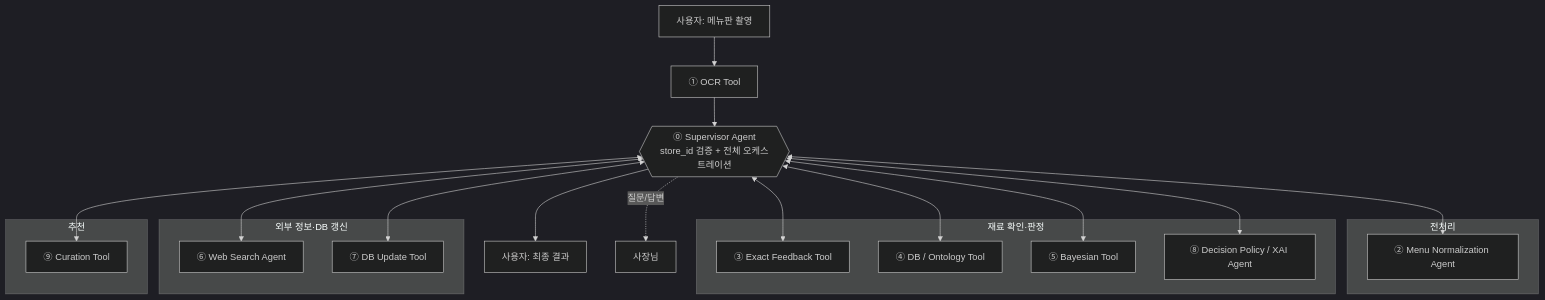
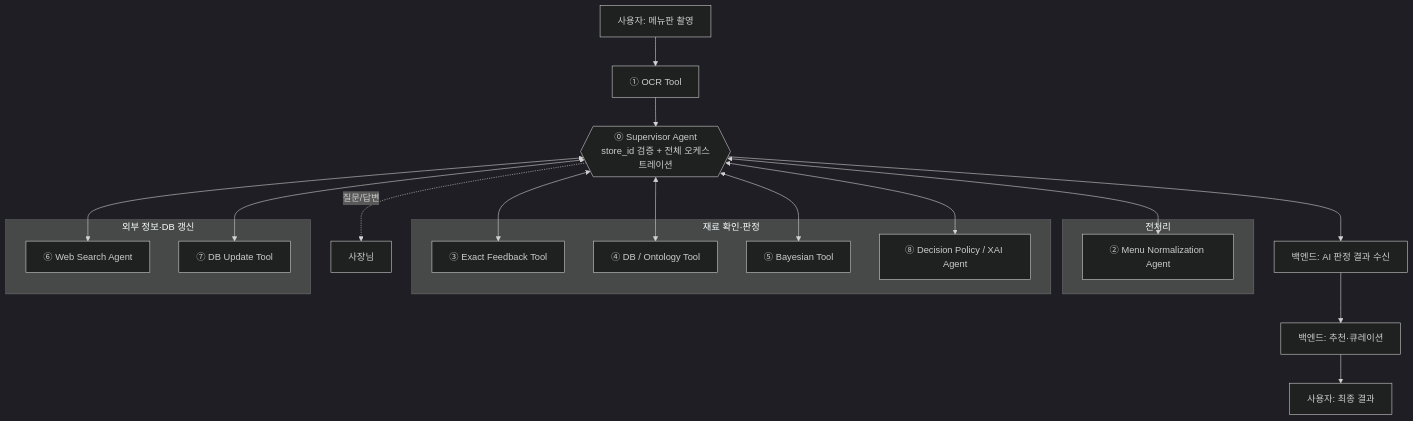
Before and after one commit to Han-Spoon/ai: the seventh of 7 diagrams in docs/caution-multi-agent-architecture.md, drawn with Mermaid (dark theme). The commit also changed other lines of this file and 6 other files, not shown here.

````diff
--- a/docs/caution-multi-agent-architecture.md
+++ b/docs/caution-multi-agent-architecture.md
@@ -157,37 +157,33 @@
 ```mermaid
 graph TB
     U[사용자: 메뉴판 촬영] --> OCR[① OCR Tool] --> SUP
     SUP{{"⓪ Supervisor Agent\nstore_id 검증 + 전체 오케스트레이션"}}
 
     subgraph 전처리
         NORM[② Menu Normalization Agent]
     end
 
     subgraph "재료 확인·판정"
         EXACT[③ Exact Feedback Tool]
         ONTO[④ DB / Ontology Tool]
         BAYES[⑤ Bayesian Tool]
         XAI[⑧ Decision Policy / XAI Agent]
     end
 
     subgraph "외부 정보·DB 갱신"
         WEB[⑥ Web Search Agent]
         DBUP[⑦ DB Update Tool]
     end
 
-    subgraph 추천
-        CUR[⑨ Curation Tool]
-    end
-
     SUP <--> NORM
     SUP <--> EXACT
     SUP <--> ONTO
     SUP <--> BAYES
     SUP <--> WEB
     SUP <--> DBUP
     SUP <--> XAI
-    SUP <--> CUR
-
-    SUP --> RESULT[사용자: 최종 결과]
+    SUP --> RESULT[백엔드: AI 판정 결과 수신]
+    RESULT --> CUR[백엔드: 추천·큐레이션]
+    CUR --> USER[사용자: 최종 결과]
     SUP -.질문/답변.-> OWNER[사장님]
 ```
````
